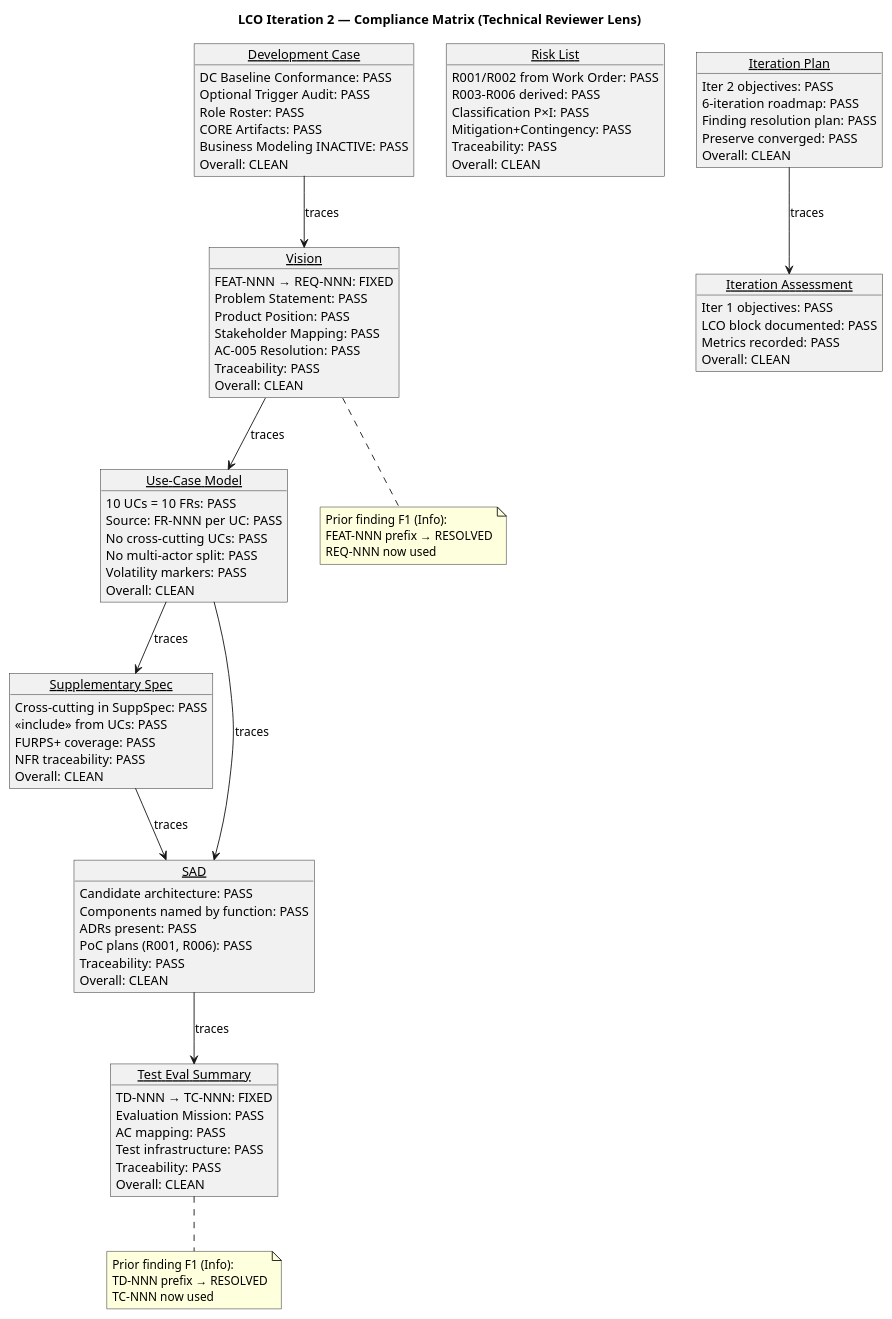
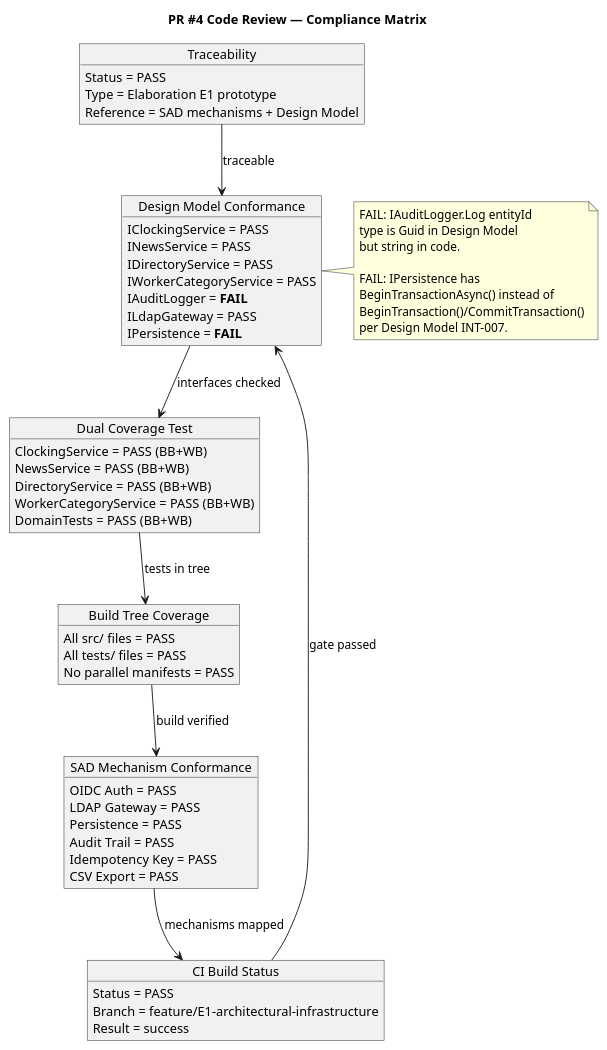
Before and after one commit to banense-test/portal-cuba-corp: the first of 2 diagrams in docs/artifacts/project-management/review-record.md, drawn with PlantUML. The commit also changed other lines of this file, not shown here.

First line of the commit message:
Code Reviewer [E1]: upsert Review Record

````diff
--- a/docs/artifacts/project-management/review-record.md
+++ b/docs/artifacts/project-management/review-record.md
@@ -141,105 +52,71 @@
 ```plantuml
 @startuml
-title LCO Iteration 2 — Compliance Matrix (Technical Reviewer Lens)
+title PR #4 Code Review — Compliance Matrix
 
-skinparam style strictuml
+skinparam packageStyle rectangle
+skinparam shadowing false
 
-object "Development Case" as DC {
-  DC Baseline Conformance: PASS
-  Optional Trigger Audit: PASS
-  Role Roster: PASS
-  CORE Artifacts: PASS
-  Business Modeling INACTIVE: PASS
-  Overall: CLEAN
+object "CI Build Status" as CI {
+  Status = PASS
+  Branch = feature/E1-architectural-infrastructure
+  Result = success
 }
 
-object "Risk List" as RL {
-  R001/R002 from Work Order: PASS
-  R003-R006 derived: PASS
-  Classification P×I: PASS
-  Mitigation+Contingency: PASS
-  Traceability: PASS
-  Overall: CLEAN
+object "Traceability" as TR {
+  Status = PASS
+  Type = Elaboration E1 prototype
+  Reference = SAD mechanisms + Design Model
 }
 
-object "Vision" as V {
-  FEAT-NNN → REQ-NNN: FIXED
-  Problem Statement: PASS
-  Product Position: PASS
-  Stakeholder Mapping: PASS
-  AC-005 Resolution: PASS
-  Traceability: PASS
-  Overall: CLEAN
+object "Design Model Conformance" as DM {
+  IClockingService = PASS
+  INewsService = PASS
+  IDirectoryService = PASS
+  IWorkerCategoryService = PASS
+  IAuditLogger = **FAIL**
+  ILdapGateway = PASS
+  IPersistence = **FAIL**
 }
 
-object "Use-Case Model" as UCM {
-  10 UCs = 10 FRs: PASS
-  Source: FR-NNN per UC: PASS
-  No cross-cutting UCs: PASS
-  No multi-actor split: PASS
-  Volatility markers: PASS
-  Overall: CLEAN
+object "Dual Coverage Test" as DC {
+  ClockingService = PASS (BB+WB)
+  NewsService = PASS (BB+WB)
+  DirectoryService = PASS (BB+WB)
+  WorkerCategoryService = PASS (BB+WB)
+  DomainTests = PASS (BB+WB)
 }
 
-object "Supplementary Spec" as SS {
-  Cross-cutting in SuppSpec: PASS
-  <<include>> from UCs: PASS
-  FURPS+ coverage: PASS
-  NFR traceability: PASS
-  Overall: CLEAN
+object "Build Tree Coverage" as BT {
+  All src/ files = PASS
+  All tests/ files = PASS
+  No parallel manifests = PASS
 }
 
-object "SAD" as SAD {
-  Candidate architecture: PASS
-  Components named by function: PASS
-  ADRs present: PASS
-  PoC plans (R001, R006): PASS
-  Traceability: PASS
-  Overall: CLEAN
+object "SAD Mechanism Conformance" as SAD {
+  OIDC Auth = PASS
+  LDAP Gateway = PASS
+  Persistence = PASS
+  Audit Trail = PASS
+  Idempotency Key = PASS
+  CSV Export = PASS
 }
 
-object "Test Eval Summary" as TES {
-  TD-NNN → TC-NNN: FIXED
-  Evaluation Mission: PASS
-  AC mapping: PASS
-  Test infrastructure: PASS
-  Traceability: PASS
-  Overall: CLEAN
-}
+CI --> DM : gate passed
+TR --> DM : traceable
+DM --> DC : interfaces checked
+DC --> BT : tests in tree
+BT --> SAD : build verified
+SAD --> CI : mechanisms mapped
 
-object "Iteration Plan" as IP {
-  Iter 2 objectives: PASS
-  6-iteration roadmap: PASS
-  Finding resolution plan: PASS
-  Preserve converged: PASS
-  Overall: CLEAN
-}
+note right of DM
+  FAIL: IAuditLogger.Log entityId
+  type is Guid in Design Model
+  but string in code.
 
-object "Iteration Assessment" as IA {
-  Iter 1 objectives: PASS
-  LCO block documented: PASS
-  Metrics recorded: PASS
-  Overall: CLEAN
-}
-
-DC --> V : traces
-V --> UCM : traces
-UCM --> SS : traces
-UCM --> SAD : traces
-SS --> SAD : traces
-SAD --> TES : traces
-IP --> IA : traces
-
-note bottom of V
-  Prior finding F1 (Info):
-  FEAT-NNN prefix → RESOLVED
-  REQ-NNN now used
-end note
-
-note bottom of TES
-  Prior finding F1 (Info):
-  TD-NNN prefix → RESOLVED
-  TC-NNN now used
+  FAIL: IPersistence has
+  BeginTransactionAsync() instead of
+  BeginTransaction()/CommitTransaction()
+  per Design Model INT-007.
 end note
 
 @enduml
````
